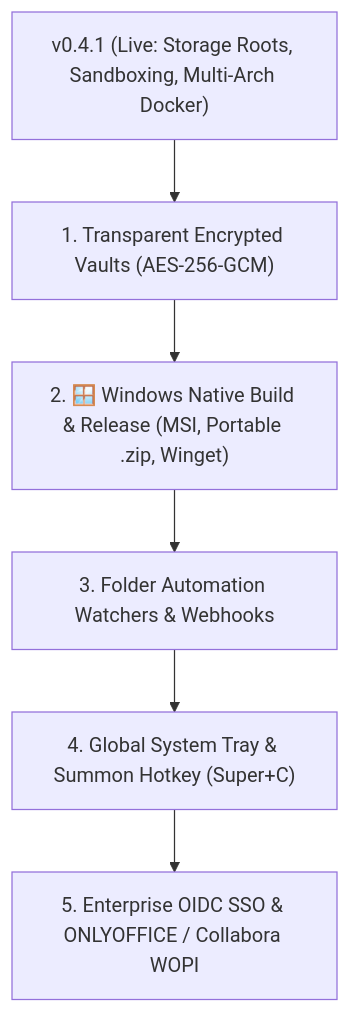
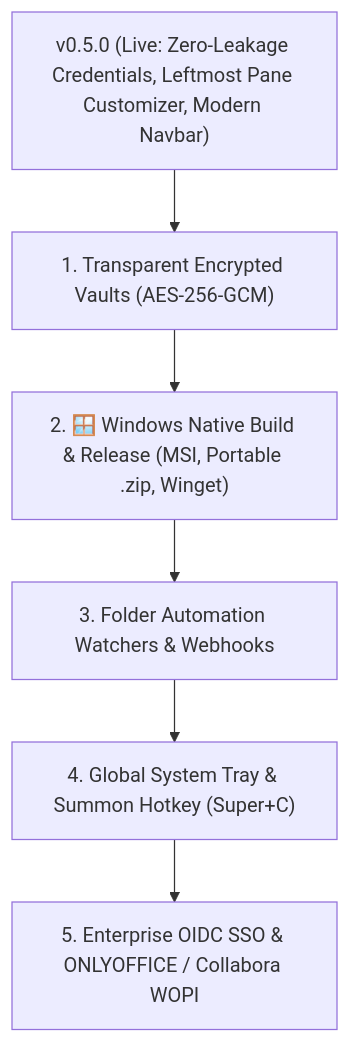
The diagram in ROADMAP.md (Woofson/commanderdog), drawn with Mermaid before and after one commit. The commit also changed other lines of this file and 4 other files, not shown here.

````diff
--- a/ROADMAP.md
+++ b/ROADMAP.md
@@ -87,8 +87,8 @@
 ```mermaid
 graph TD
-    A["v0.4.1 (Live: Storage Roots, Sandboxing, Multi-Arch Docker)"] --> B["1. Transparent Encrypted Vaults (AES-256-GCM)"]
+    A["v0.5.0 (Live: Zero-Leakage Credentials, Leftmost Pane Customizer, Modern Navbar)"] --> B["1. Transparent Encrypted Vaults (AES-256-GCM)"]
     B --> C["2. 🪟 Windows Native Build & Release (MSI, Portable .zip, Winget)"]
     C --> D["3. Folder Automation Watchers & Webhooks"]
     D --> E["4. Global System Tray & Summon Hotkey (Super+C)"]
     E --> F["5. Enterprise OIDC SSO & ONLYOFFICE / Collabora WOPI"]
 ```
````
